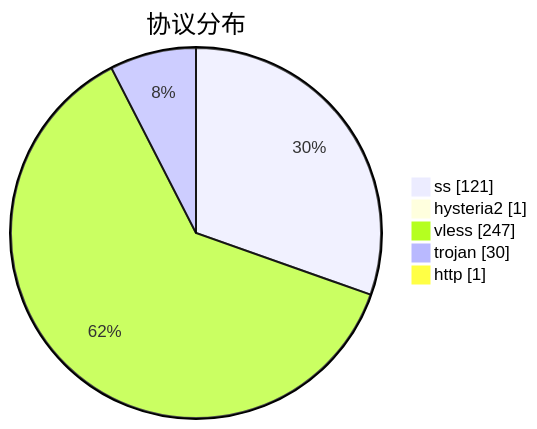
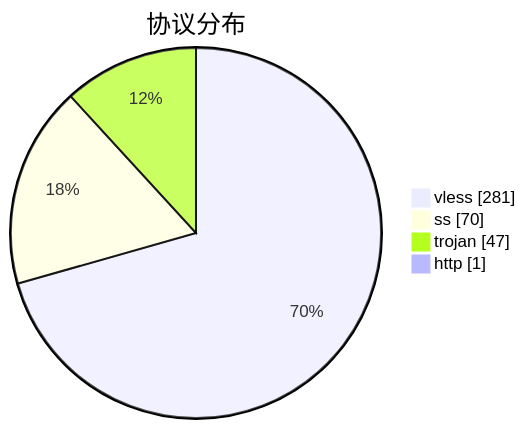
Before and after one commit to qjlxg/airport: the third of 3 diagrams in subs/statistics/tested_within.md, drawn with Mermaid. The commit also changed other lines of this file and 2 other files, not shown here.

````diff
--- a/subs/statistics/tested_within.md
+++ b/subs/statistics/tested_within.md
@@ -18,9 +19,8 @@
 ```mermaid
 pie showData
 title 协议分布
-"ss" : 121
-"hysteria2" : 1
-"vless" : 247
-"trojan" : 30
+"vless" : 281
+"ss" : 70
+"trojan" : 47
 "http" : 1
 ```
````
